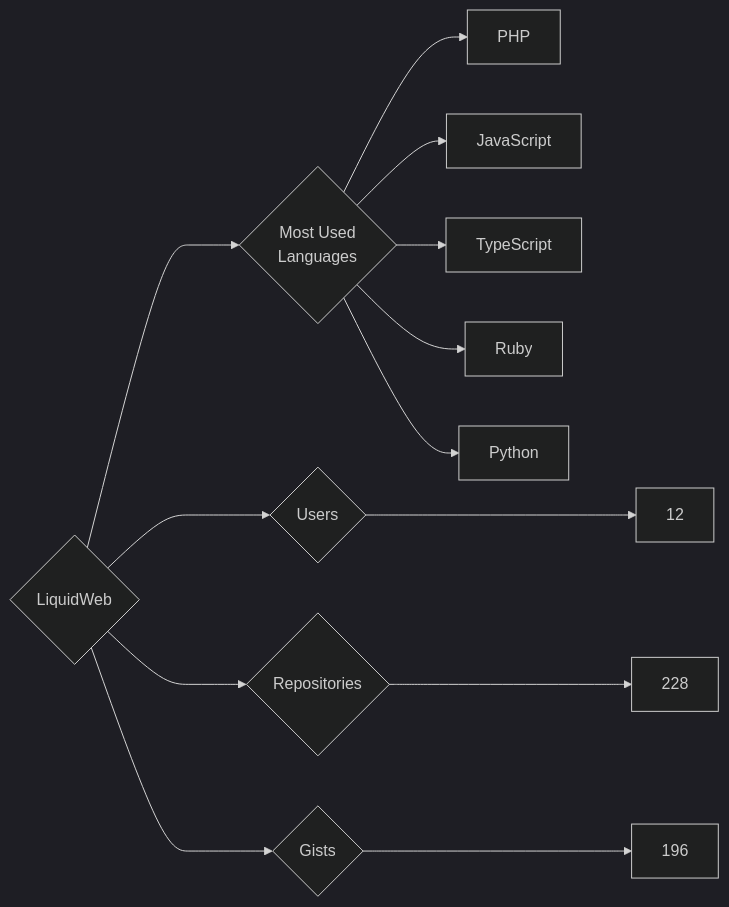
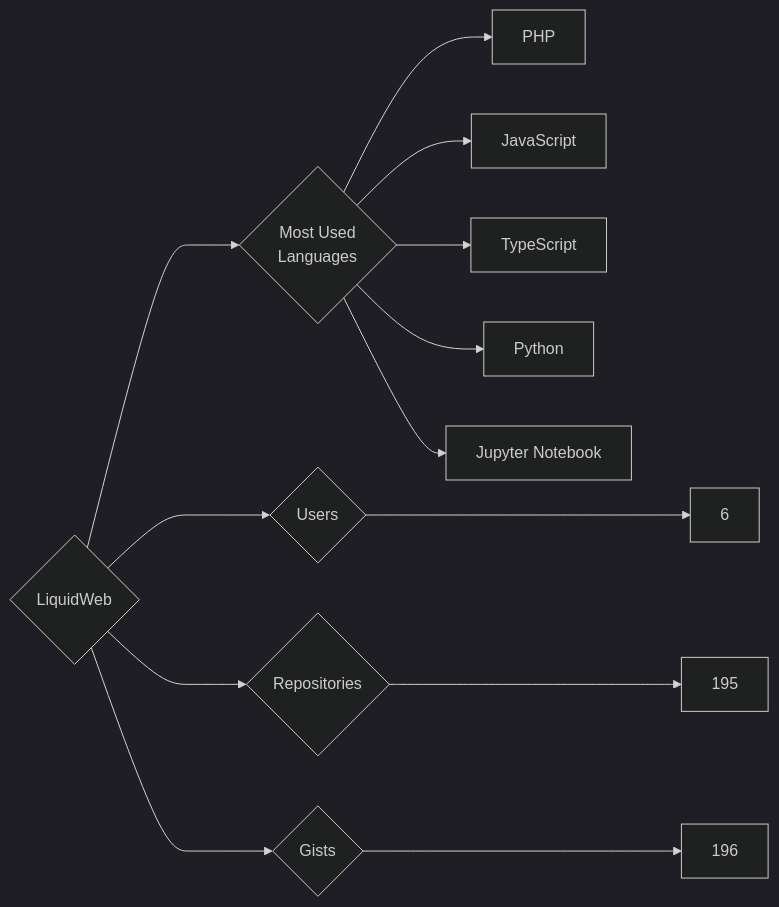
One commit to trickest/insiders changed the diagram in targets/LiquidWeb/README.md. Above: the diagram before and after it, drawn with Mermaid (dark theme). The commit also changed 845 other files, not shown here.

````diff
--- a/targets/LiquidWeb/README.md
+++ b/targets/LiquidWeb/README.md
@@ -3,13 +3,13 @@
 ```mermaid
 graph LR
 COMPANY_NAME{LiquidWeb}
-COMPANY_NAME ---> U{Users} ---> UN[12]
-COMPANY_NAME ---> R{Repositories} ---> RN[228]
+COMPANY_NAME ---> U{Users} ---> UN[6]
+COMPANY_NAME ---> R{Repositories} ---> RN[195]
 COMPANY_NAME ---> G{Gists} ---> GN[196]
 COMPANY_NAME ---> ML{Most Used<br>Languages}
 ML --> PHP[PHP]
 ML --> JavaScript[JavaScript]
 ML --> TypeScript[TypeScript]
-ML --> Ruby[Ruby]
 ML --> Python[Python]
+ML --> Jupyter_Notebook[Jupyter Notebook]
 ```
````
